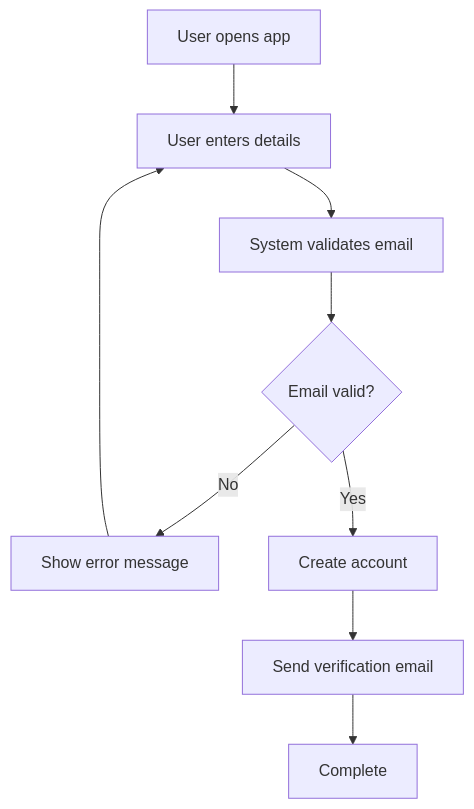
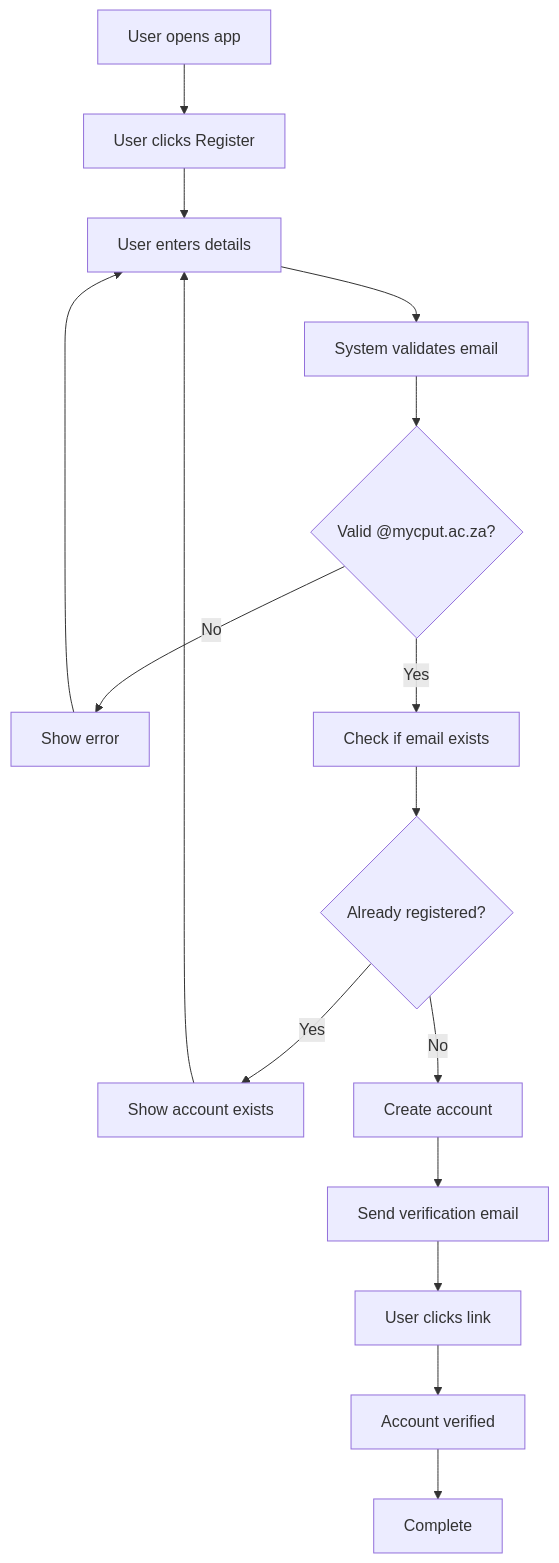
One commit to Amanda2026-crypto/smart-campus-connect changed the first of 8 diagrams in activity-diagrams.md. Above: the diagram before and after it, drawn with Mermaid. The commit also changed other lines of this file, not shown here.

````diff
--- a/activity-diagrams.md
+++ b/activity-diagrams.md
@@ -12,11 +9,18 @@
 ```mermaid
 flowchart TD
-    A[User opens app] --> B[User enters details]
-    B --> C[System validates email]
-    C --> D{Email valid?}
-    D -->|No| E[Show error message]
-    E --> B
-    D -->|Yes| F[Create account]
-    F --> G[Send verification email]
-    G --> H[Complete]
+    A[User opens app] --> B[User clicks Register]
+    B --> C[User enters details]
+    C --> D[System validates email]
+    D --> E{Valid @mycput.ac.za?}
+    E -->|No| F[Show error]
+    F --> C
+    E -->|Yes| G[Check if email exists]
+    G --> H{Already registered?}
+    H -->|Yes| I[Show account exists]
+    I --> C
+    H -->|No| J[Create account]
+    J --> K[Send verification email]
+    K --> L[User clicks link]
+    L --> M[Account verified]
+    M --> N[Complete]
 ```
````
